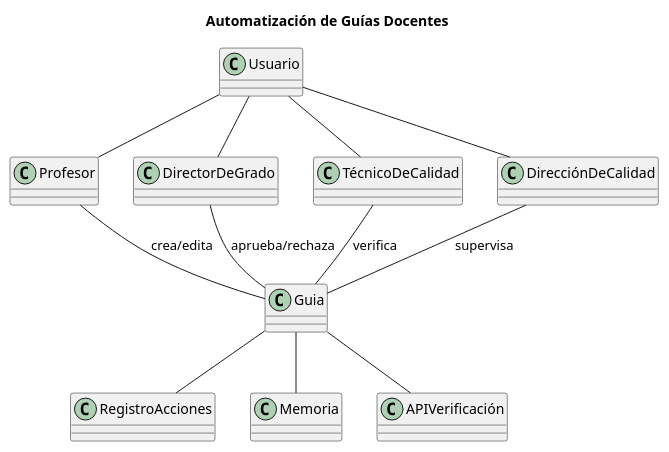
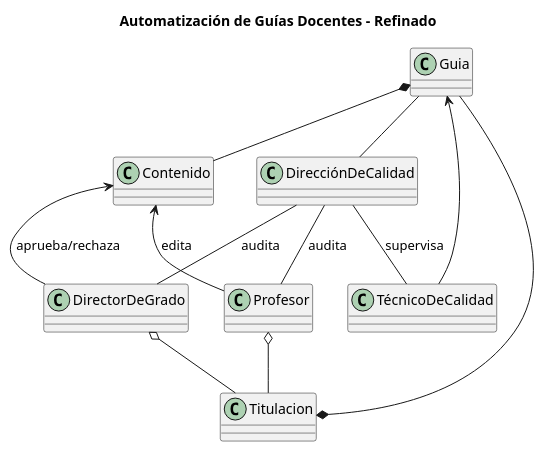
One commit to mmasias/24-25-IdSw1-SDR changed the diagram in ModeloDelDominio/DiagramaDeClases.puml. Above: the diagram before and after it, drawn with PlantUML.

Commit message:
Mejora en las relaciones de permisos/roles

```diff
--- a/ModeloDelDominio/DiagramaDeClases.puml
+++ b/ModeloDelDominio/DiagramaDeClases.puml
@@ -1,45 +1,28 @@
 @startuml Diagrama de Clases
-title Automatización de Guías Docentes
+title Automatización de Guías Docentes - Refinado
 
-class Usuario {
-}
+class Profesor
+class DirectorDeGrado
+class TécnicoDeCalidad
+class DirecciónDeCalidad
+class Guia
+class Contenido
+class Titulacion
 
-class Profesor {
-}
+Guia -- DirecciónDeCalidad
+Guia <-- TécnicoDeCalidad
+Guia --* Titulacion
+Guia *-- Contenido
 
-class DirectorDeGrado {
-}
+DirecciónDeCalidad -- TécnicoDeCalidad: supervisa
+DirecciónDeCalidad -- Profesor: audita
+DirecciónDeCalidad -- DirectorDeGrado: audita
 
-class TécnicoDeCalidad {
-}
+Profesor o-- Titulacion
+DirectorDeGrado o-- Titulacion
 
-class DirecciónDeCalidad {
-}
+Contenido <-- DirectorDeGrado: aprueba/rechaza
+Contenido <-- Profesor: edita
 
-class Guia {
-}
-
-class RegistroAcciones {
-}
-
-class Memoria {
-}
-
-class APIVerificación {
-}
-
-Usuario -- Profesor
-Usuario -- DirectorDeGrado
-Usuario -- TécnicoDeCalidad
-Usuario -- DirecciónDeCalidad
-
-Profesor -- Guia : "crea/edita"
-DirectorDeGrado -- Guia : "aprueba/rechaza"
-TécnicoDeCalidad -- Guia : "verifica"
-DirecciónDeCalidad -- Guia : "supervisa"
-
-Guia -- RegistroAcciones 
-Guia -- Memoria 
-Guia -- APIVerificación
 
 @enduml
```
